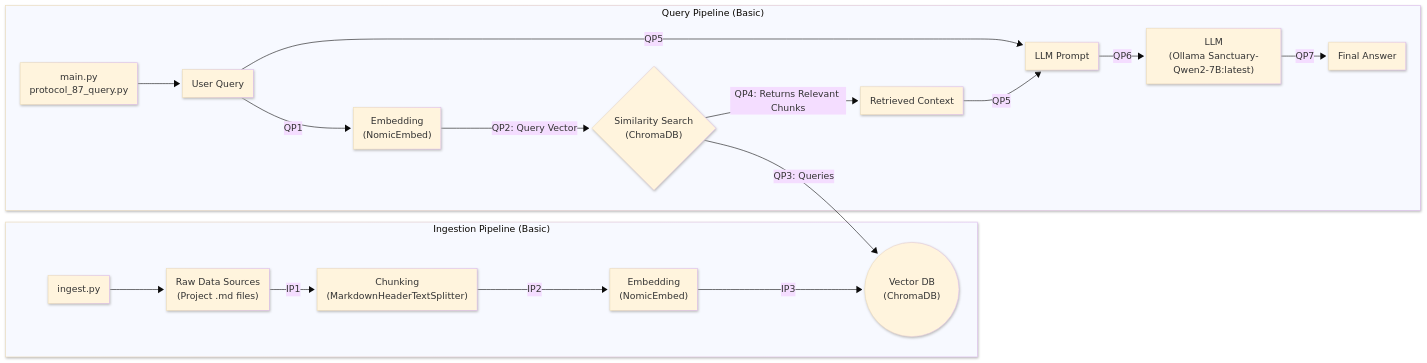
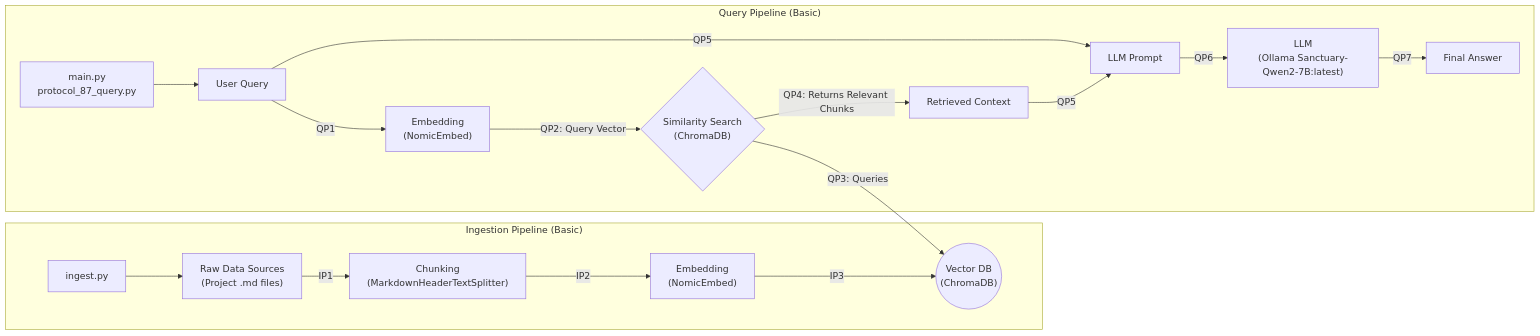
The fifth of 7 diagrams in README.md (richfrem/Project_Sanctuary), drawn with Mermaid before and after one commit. The commit also changed other lines of this file and 92 other files, not shown here.

````diff
--- a/README.md
+++ b/README.md
@@ -363,39 +369,33 @@
 ```mermaid
----
-config:
-  layout: dagre
-  look: neo
-  theme: base
----
 flowchart LR
  subgraph subGraph0["Ingestion Pipeline (Basic)"]
         B["Chunking<br>(MarkdownHeaderTextSplitter)"]
         A["Raw Data Sources<br>(Project .md files)"]
         C["Embedding<br>(NomicEmbed)"]
         D(("Vector DB<br>(ChromaDB)"))
         E["ingest.py"]
   end
  subgraph subGraph1["Query Pipeline (Basic)"]
         G["Embedding<br>(NomicEmbed)"]
         F["User Query"]
         H{"Similarity Search<br>(ChromaDB)"}
         I["Retrieved Context"]
         J["LLM Prompt"]
         K["LLM<br>(Ollama Sanctuary-Qwen2-7B:latest)"]
         L["Final Answer"]
         M["main.py<br>protocol_87_query.py"]
   end
     A -- IP1 --> B
     B -- IP2 --> C
     C -- IP3 --> D
     E --> A
     F -- QP1 --> G
     G -- QP2: Query Vector --> H
     H -- QP3: Queries --> D
     H -- QP4: Returns Relevant Chunks --> I
     F -- QP5 --> J
     I -- QP5 --> J
     J -- QP6 --> K
     K -- QP7 --> L
     M --> F
 ```
````
